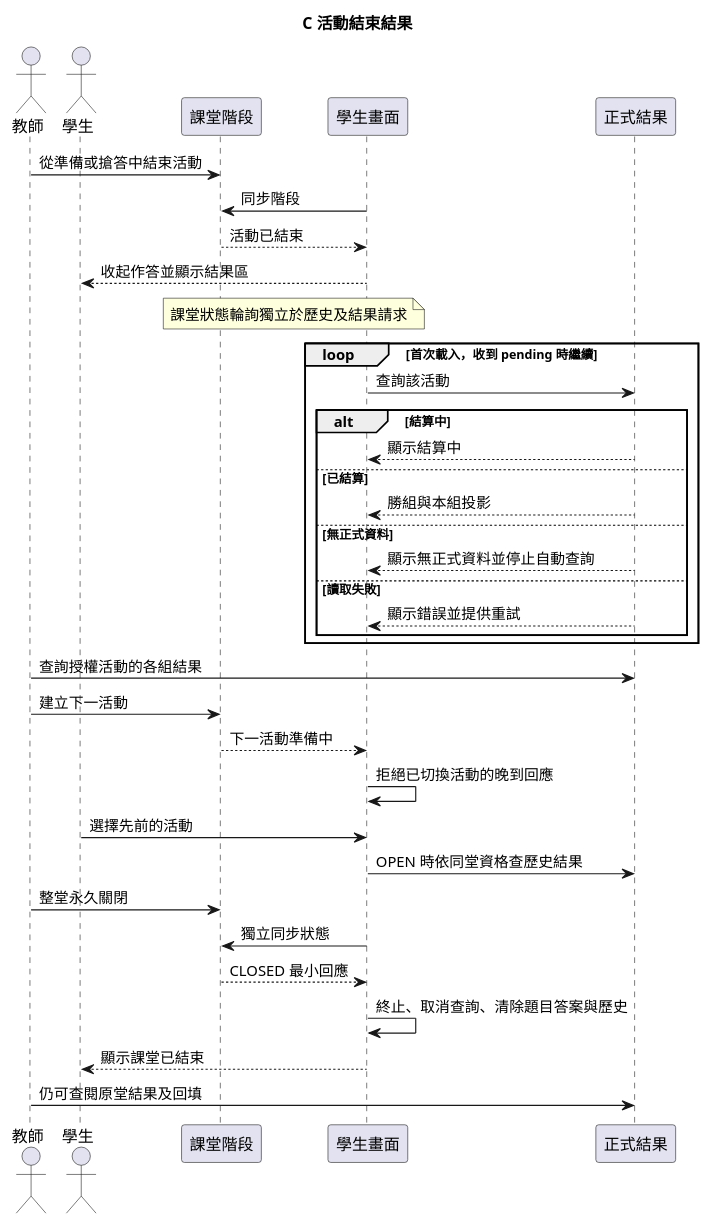
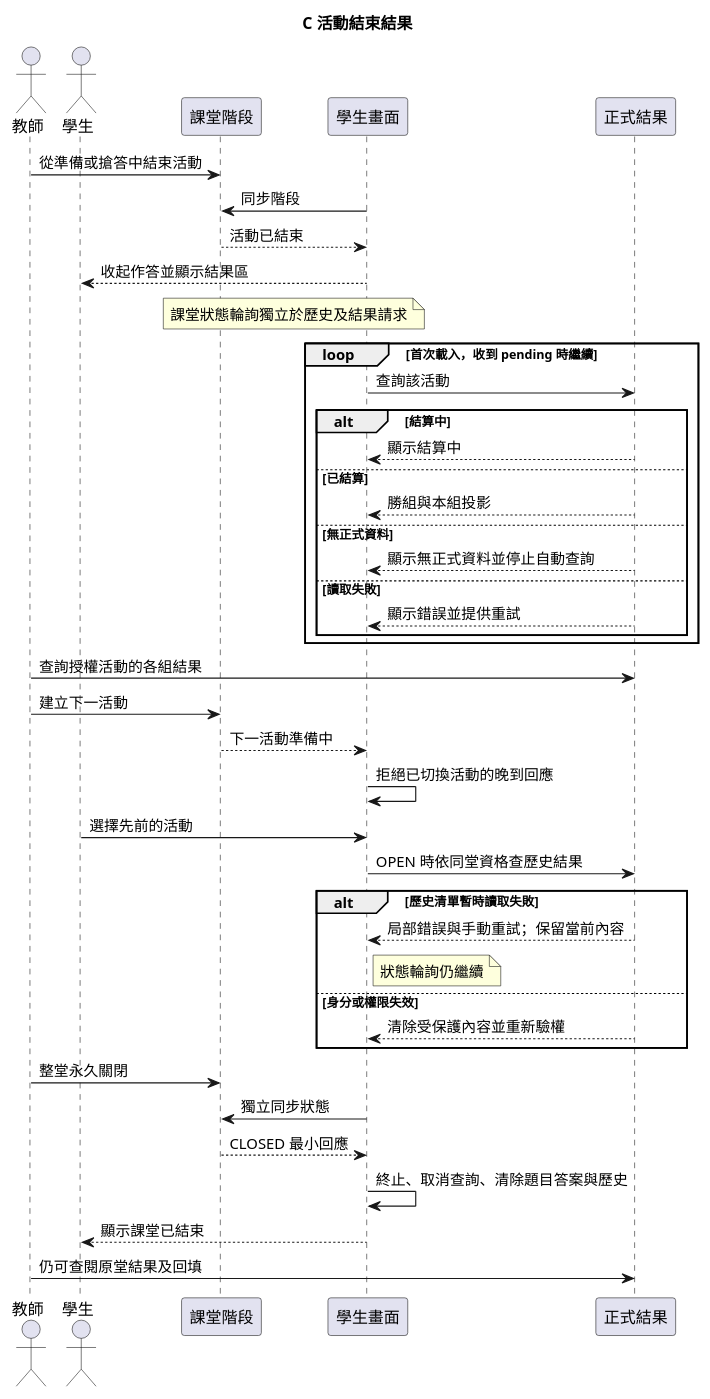
Before and after one commit to Afra0704/se2026-group20-speckit: the diagram in diagrams/010-results-sequence.puml, drawn with PlantUML. The commit also changed 41 other files, not shown here.

```diff
--- a/diagrams/010-results-sequence.puml
+++ b/diagrams/010-results-sequence.puml
@@ -1,39 +1,45 @@
 @startuml
 title C 活動結束結果
 actor 教師
 actor 學生
 participant 課堂階段
 participant 學生畫面
 participant 正式結果
 教師 -> 課堂階段 : 從準備或搶答中結束活動
 學生畫面 -> 課堂階段 : 同步階段
 課堂階段 --> 學生畫面 : 活動已結束
 學生畫面 --> 學生 : 收起作答並顯示結果區
 note over 課堂階段, 學生畫面
 課堂狀態輪詢獨立於歷史及結果請求
 end note
 loop 首次載入，收到 pending 時繼續
   學生畫面 -> 正式結果 : 查詢該活動
   alt 結算中
     正式結果 --> 學生畫面 : 顯示結算中
   else 已結算
     正式結果 --> 學生畫面 : 勝組與本組投影
   else 無正式資料
     正式結果 --> 學生畫面 : 顯示無正式資料並停止自動查詢
   else 讀取失敗
     正式結果 --> 學生畫面 : 顯示錯誤並提供重試
   end
 end
 教師 -> 正式結果 : 查詢授權活動的各組結果
 教師 -> 課堂階段 : 建立下一活動
 課堂階段 --> 學生畫面 : 下一活動準備中
 學生畫面 -> 學生畫面 : 拒絕已切換活動的晚到回應
 學生 -> 學生畫面 : 選擇先前的活動
 學生畫面 -> 正式結果 : OPEN 時依同堂資格查歷史結果
+alt 歷史清單暫時讀取失敗
+  正式結果 --> 學生畫面 : 局部錯誤與手動重試；保留當前內容
+  note right of 學生畫面 : 狀態輪詢仍繼續
+else 身分或權限失效
+  正式結果 --> 學生畫面 : 清除受保護內容並重新驗權
+end
 教師 -> 課堂階段 : 整堂永久關閉
 學生畫面 -> 課堂階段 : 獨立同步狀態
 課堂階段 --> 學生畫面 : CLOSED 最小回應
 學生畫面 -> 學生畫面 : 終止、取消查詢、清除題目答案與歷史
 學生畫面 --> 學生 : 顯示課堂已結束
 教師 -> 正式結果 : 仍可查閱原堂結果及回填
 @enduml
```
